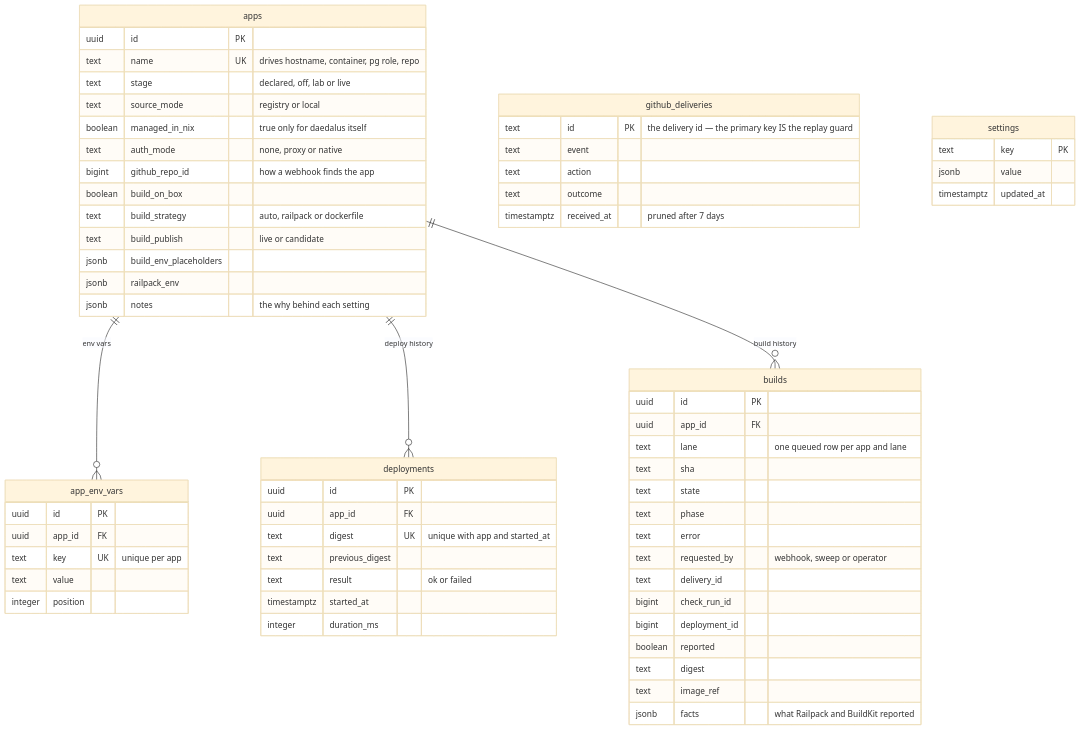
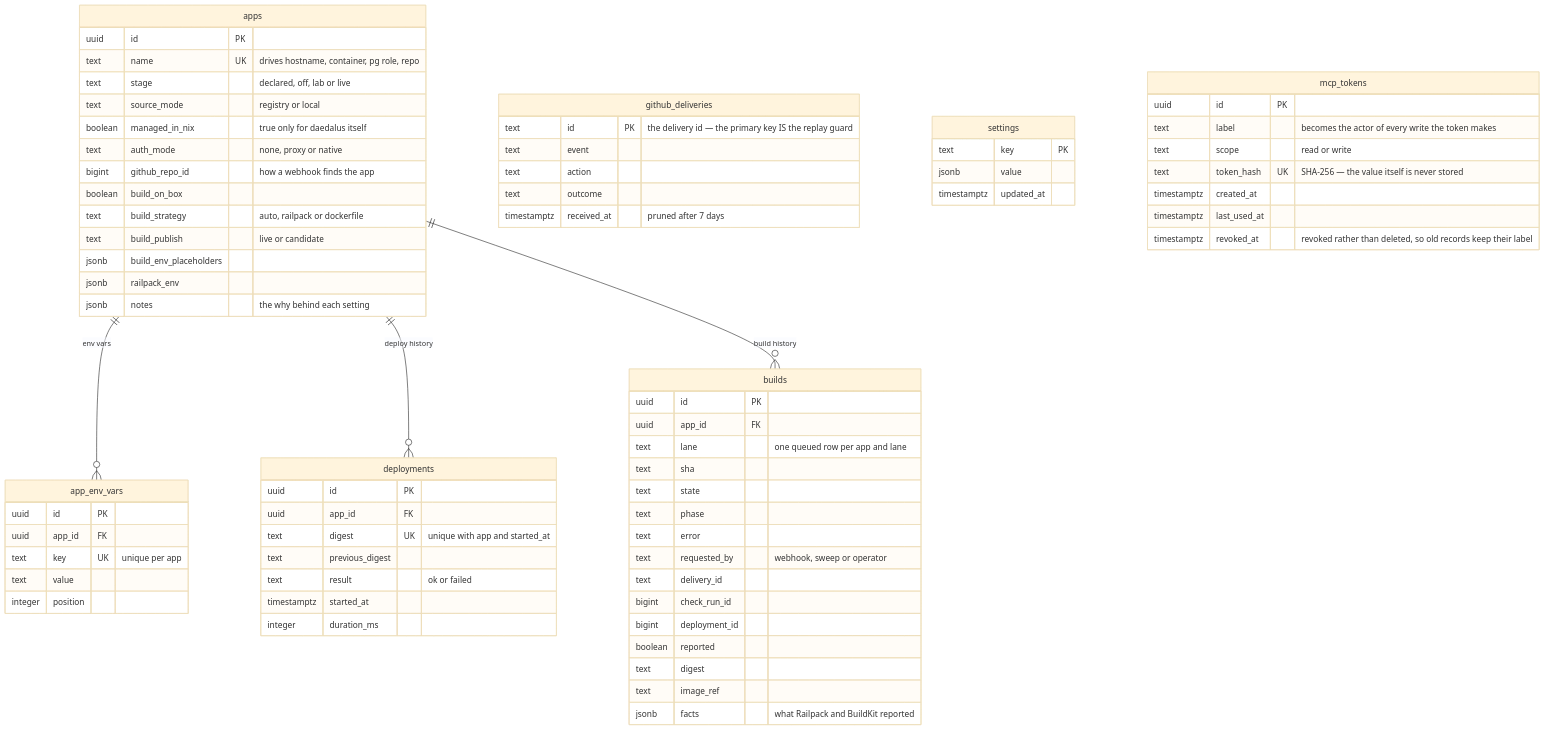
Before and after one commit to santiagotoscanini/daedalus: the fifth of 5 diagrams in ARCHITECTURE.md, drawn with Mermaid (base theme). The commit also changed other lines of this file and 29 other files, not shown here.

````diff
--- a/ARCHITECTURE.md
+++ b/ARCHITECTURE.md
@@ -313,72 +382,82 @@
 ```mermaid
 erDiagram
   apps ||--o{ app_env_vars : "env vars"
   apps ||--o{ deployments : "deploy history"
   apps ||--o{ builds : "build history"
 
   apps {
     uuid id PK
     text name UK "drives hostname, container, pg role, repo"
     text stage "declared, off, lab or live"
     text source_mode "registry or local"
     boolean managed_in_nix "true only for daedalus itself"
     text auth_mode "none, proxy or native"
     bigint github_repo_id "how a webhook finds the app"
     boolean build_on_box
     text build_strategy "auto, railpack or dockerfile"
     text build_publish "live or candidate"
     jsonb build_env_placeholders
     jsonb railpack_env
     jsonb notes "the why behind each setting"
   }
 
   app_env_vars {
     uuid id PK
     uuid app_id FK
     text key UK "unique per app"
     text value
     integer position
   }
 
   deployments {
     uuid id PK
     uuid app_id FK
     text digest UK "unique with app and started_at"
     text previous_digest
     text result "ok or failed"
     timestamptz started_at
     integer duration_ms
   }
 
   builds {
     uuid id PK
     uuid app_id FK
     text lane "one queued row per app and lane"
     text sha
     text state
     text phase
     text error
     text requested_by "webhook, sweep or operator"
     text delivery_id
     bigint check_run_id
     bigint deployment_id
     boolean reported
     text digest
     text image_ref
     jsonb facts "what Railpack and BuildKit reported"
   }
 
   github_deliveries {
     text id PK "the delivery id — the primary key IS the replay guard"
     text event
     text action
     text outcome
     timestamptz received_at "pruned after 7 days"
   }
 
   settings {
     text key PK
     jsonb value
     timestamptz updated_at
   }
+
+  mcp_tokens {
+    uuid id PK
+    text label "becomes the actor of every write the token makes"
+    text scope "read or write"
+    text token_hash UK "SHA-256 — the value itself is never stored"
+    timestamptz created_at
+    timestamptz last_used_at
+    timestamptz revoked_at "revoked rather than deleted, so old records keep their label"
+  }
 ```
````
